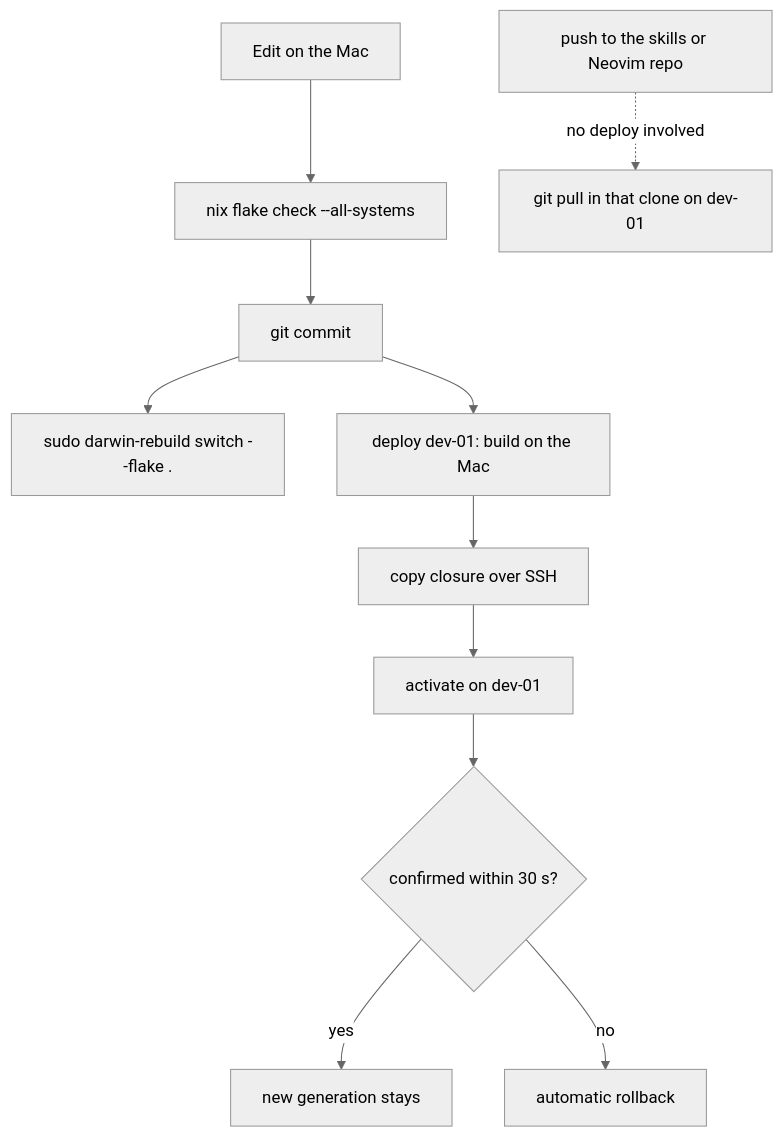
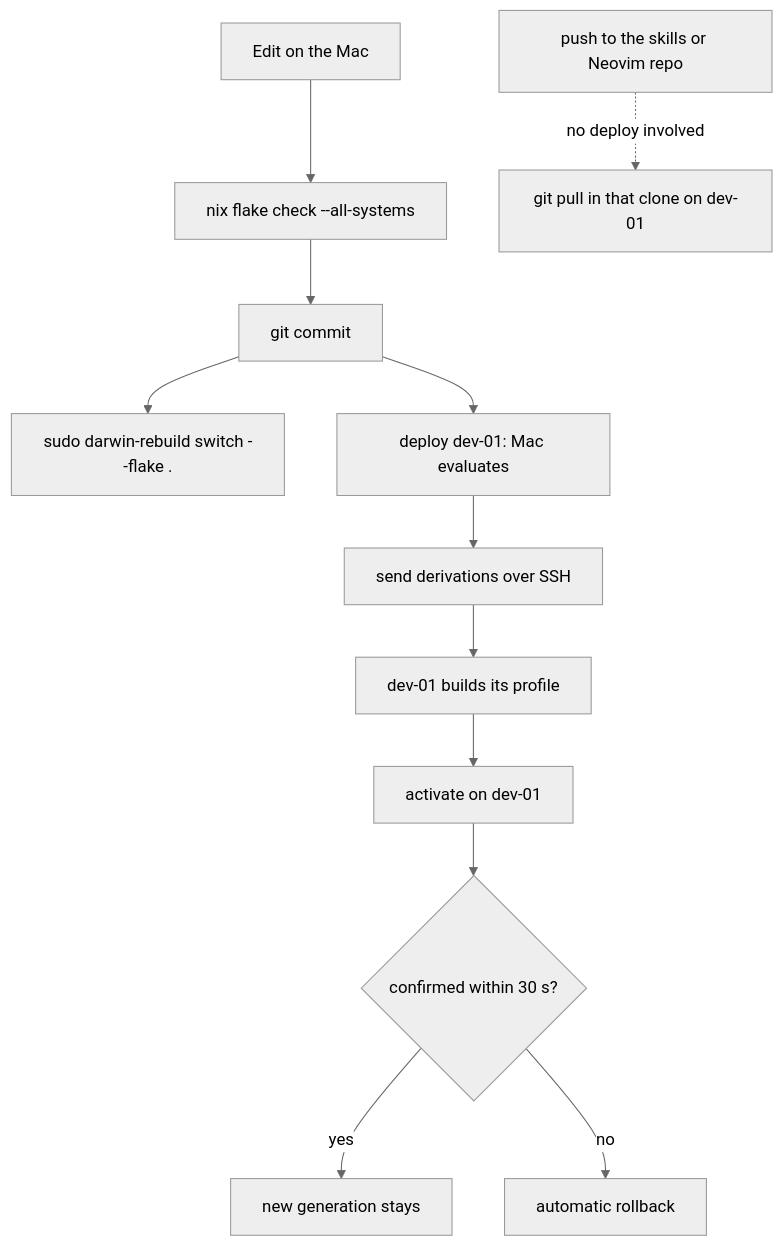
Before and after one commit to mich-murphy/nix-config: the second of 3 diagrams in README.md, drawn with Mermaid (neutral theme). The commit also changed other lines of this file and 4 other files, not shown here.

First line of the commit message:
fix(deploy): build dev-01's profile on dev-01 (#54)

````diff
--- a/README.md
+++ b/README.md
@@ -155,13 +153,14 @@
 ```mermaid
 flowchart TD
   E["Edit on the Mac"] --> C["nix flake check --all-systems"]
   C --> G["git commit"]
   G --> S["sudo darwin-rebuild switch --flake ."]
-  G --> B["deploy dev-01: build on the Mac"]
-  B --> CP["copy closure over SSH"]
-  CP --> A["activate on dev-01"]
+  G --> B["deploy dev-01: Mac evaluates"]
+  B --> CP["send derivations over SSH"]
+  CP --> BD["dev-01 builds its profile"]
+  BD --> A["activate on dev-01"]
   A --> K{"confirmed within 30 s?"}
   K -->|yes| OK["new generation stays"]
   K -->|no| RB["automatic rollback"]
   R["push to the skills or Neovim repo"] -.->|"no deploy involved"| P["git pull in that clone on dev-01"]
 ```
````
